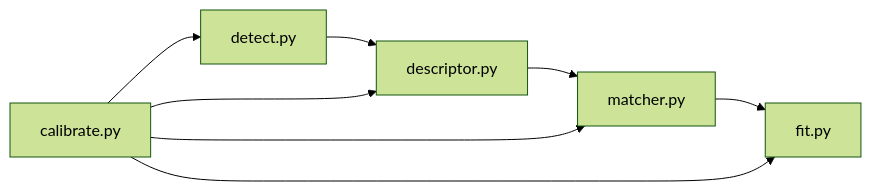
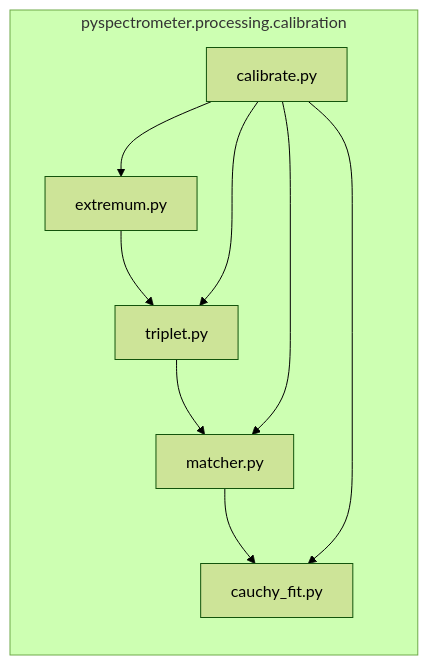
The fourth of 4 diagrams in experiments/calibration_matching_and_fitting.md (foxis/PySpectrometer3), drawn with Mermaid (forest theme) before and after one commit. The commit also changed other lines of this file and 25 other files, not shown here.

````diff
--- a/experiments/calibration_matching_and_fitting.md
+++ b/experiments/calibration_matching_and_fitting.md
@@ -144,10 +144,12 @@
 ```mermaid
 flowchart LR
-    detect["detect.py"] --> descriptor["descriptor.py"]
-    descriptor --> matcher["matcher.py"]
-    matcher --> fit["fit.py"]
-    calibrate["calibrate.py"] --> detect
-    calibrate --> descriptor
-    calibrate --> matcher
-    calibrate --> fit
+    subgraph processing["pyspectrometer.processing.calibration"]
+        extremum["extremum.py"] --> triplet["triplet.py"]
+        triplet --> matcher["matcher.py"]
+        matcher --> cauchy["cauchy_fit.py"]
+        calibrate["calibrate.py"] --> extremum
+        calibrate --> triplet
+        calibrate --> matcher
+        calibrate --> cauchy
+    end
 ```
````
